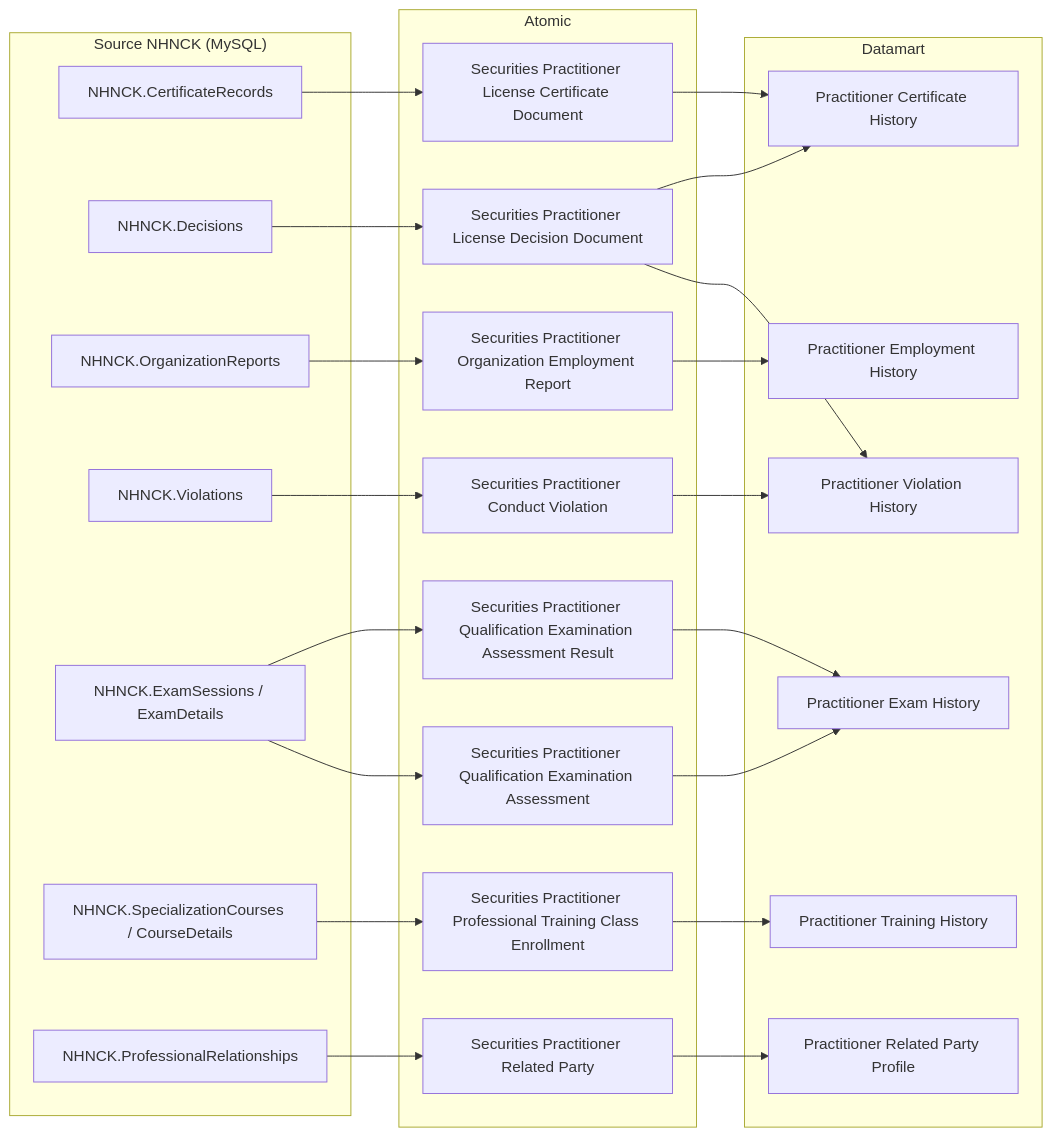
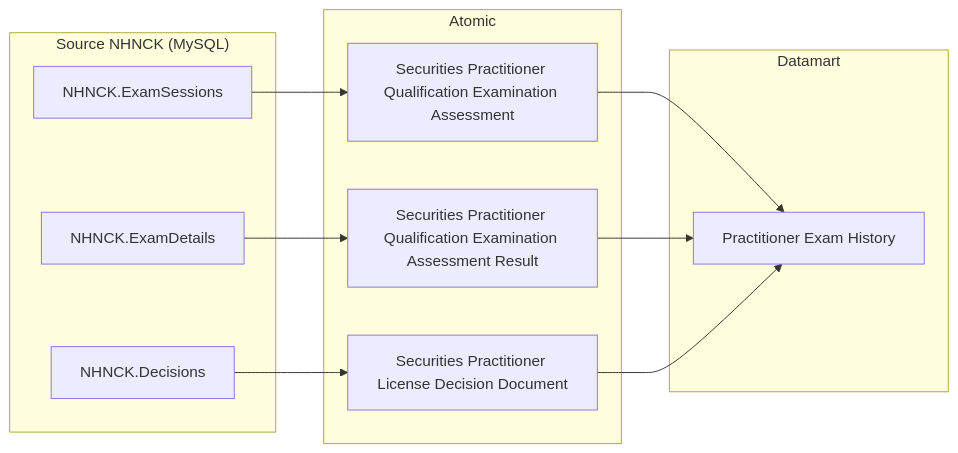
One commit to linhlvit/ubck_atomic_design changed the ninth of 40 diagrams in Datamart/hld/DTM_NHNCK_HLD.md. Above: the diagram before and after it, drawn with Mermaid. The commit also changed other lines of this file and 25 other files, not shown here.

````diff
--- a/Datamart/hld/DTM_NHNCK_HLD.md
+++ b/Datamart/hld/DTM_NHNCK_HLD.md
@@ -141,51 +277,26 @@
 ```mermaid
 flowchart LR
     subgraph SRC["Source NHNCK (MySQL)"]
-        S1["NHNCK.CertificateRecords"]
-        S2["NHNCK.Decisions"]
-        S3["NHNCK.OrganizationReports"]
-        S4["NHNCK.Violations"]
-        S5["NHNCK.ExamSessions / ExamDetails"]
-        S6["NHNCK.SpecializationCourses / CourseDetails"]
-        S7["NHNCK.ProfessionalRelationships"]
+        S1["NHNCK.ExamSessions"]
+        S2["NHNCK.ExamDetails"]
+        S3["NHNCK.Decisions"]
     end
 
     subgraph SIL["Atomic"]
-        SV1["Securities Practitioner License Certificate Document"]
-        SV2["Securities Practitioner License Decision Document"]
-        SV3["Securities Practitioner Organization Employment Report"]
-        SV4["Securities Practitioner Conduct Violation"]
-        SV5["Securities Practitioner Qualification Examination Assessment Result"]
-        SV5B["Securities Practitioner Qualification Examination Assessment"]
-        SV6["Securities Practitioner Professional Training Class Enrollment"]
-        SV7["Securities Practitioner Related Party"]
+        SV1["Securities Practitioner Qualification Examination Assessment"]
+        SV2["Securities Practitioner Qualification Examination Assessment Result"]
+        SV3["Securities Practitioner License Decision Document"]
     end
 
     subgraph Datamart["Datamart"]
-        G1["Practitioner Certificate History"]
-        G2["Practitioner Employment History"]
-        G3["Practitioner Violation History"]
-        G4["Practitioner Exam History"]
-        G5["Practitioner Training History"]
-        G6["Practitioner Related Party Profile"]
+        G1["Practitioner Exam History"]
     end
 
     S1 --> SV1
     S2 --> SV2
     S3 --> SV3
-    S4 --> SV4
-    S5 --> SV5
-    S5 --> SV5B
-    S6 --> SV6
-    S7 --> SV7
 
     SV1 --> G1
     SV2 --> G1
-    SV3 --> G2
-    SV4 --> G3
-    SV2 --> G3
-    SV5 --> G4
-    SV5B --> G4
-    SV6 --> G5
-    SV7 --> G6
+    SV3 --> G1
 ```
````
